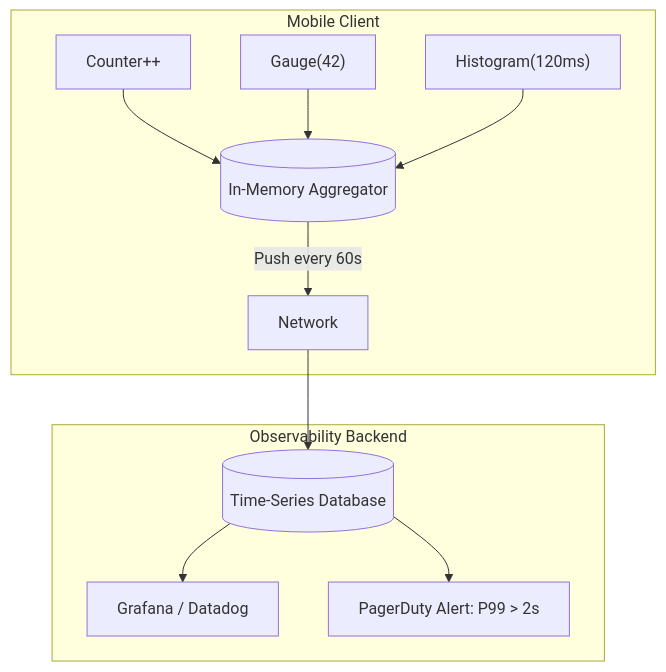
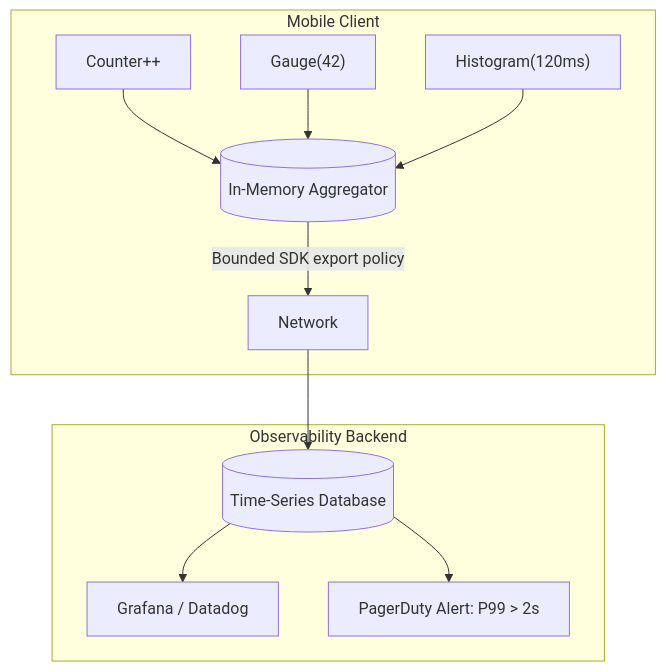
One commit to swarnsingh/android-staff-engineer-playbook-website changed the diagram in observability/metrics.md. Above: the diagram before and after it, drawn with Mermaid. The commit also changed other lines of this file and 21 other files, not shown here.

````diff
--- a/observability/metrics.md
+++ b/observability/metrics.md
@@ -79,15 +79,15 @@
 ```mermaid
 graph TD
     subgraph "Mobile Client"
         C1[Counter++] --> InMem[(In-Memory Aggregator)]
         G1["Gauge(42)"] --> InMem
         H1["Histogram(120ms)"] --> InMem
-        InMem -->|Push every 60s| Net[Network]
+        InMem -->|Bounded SDK export policy| Net[Network]
     end
     
     subgraph "Observability Backend"
         Net --> TSDB[(Time-Series Database)]
         TSDB --> Dashboard[Grafana / Datadog]
         TSDB --> Alert["PagerDuty Alert: P99 > 2s"]
     end
 ```
````
